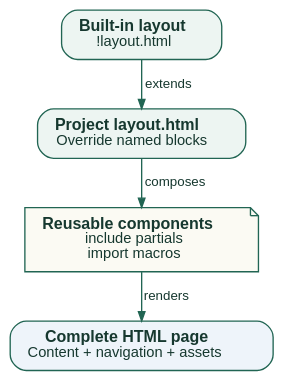
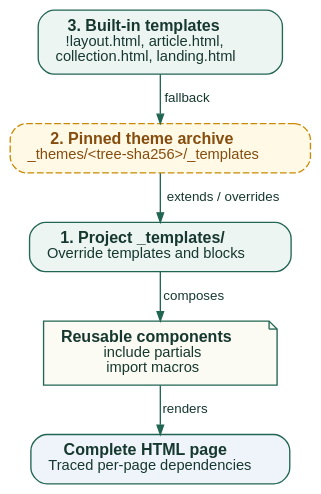
One commit to insanai/guidedog changed the diagram in docs/manual/templates.rst. Above: the diagram before and after it, drawn with Graphviz. The commit also changed other lines of this file and 12 other files, not shown here.

Commit message:
docs: expand manual reference, guides and diagrams for static publishing

```diff
--- a/docs/manual/templates.rst
+++ b/docs/manual/templates.rst
@@ -32,20 +29,23 @@
 .. graphviz::
    :class: graphviz-adaptive
-   :caption: Template inheritance and block composition in Guidedog.
-   :alt: Built-in theme layout is extended by project templates with block overrides and partial includes.
+   :caption: Three-tier template lookup, inheritance, and block composition in Guidedog.
+   :alt: Project templates override pinned theme archives and built-in layouts, composing partials and macros into complete HTML pages.
 
    digraph template_inheritance {
      graph [rankdir=TB, bgcolor="transparent", pad="0.22", nodesep="0.3", ranksep="0.35"];
      node [shape=box, style="rounded,filled", fillcolor="#edf5f2", color="#216553",
            fontname="Helvetica", fontcolor="#16382f", fontsize=12, margin="0.18,0.1"];
      edge [color="#216553", fontname="Helvetica", fontcolor="#16382f", fontsize=10, arrowsize=0.7];
-     builtin [label=<<B>Built-in layout</B><BR/><FONT POINT-SIZE="11">!layout.html</FONT>>];
-     layout [label=<<B>Project layout.html</B><BR/><FONT POINT-SIZE="11">Override named blocks</FONT>>];
+     builtin [label=<<B>3. Built-in templates</B><BR/><FONT POINT-SIZE="11">!layout.html, article.html,<BR/>collection.html, landing.html</FONT>>];
+     theme [class="gd-plugin", style="rounded,dashed,filled", fillcolor="#fff9e6", color="#ca8a04", fontcolor="#854d0e",
+            label=<<B>2. Pinned theme archive</B><BR/><FONT POINT-SIZE="11">_themes/&lt;tree-sha256&gt;/_templates</FONT>>];
+     layout [label=<<B>1. Project _templates/</B><BR/><FONT POINT-SIZE="11">Override templates and blocks</FONT>>];
      parts [class="gd-input", shape=note, fillcolor="#fbfaf3",
             label=<<B>Reusable components</B><BR/><FONT POINT-SIZE="11">include partials<BR/>import macros</FONT>>];
      page [class="gd-output", fillcolor="#eef4fa",
-           label=<<B>Complete HTML page</B><BR/><FONT POINT-SIZE="11">Content + navigation + assets</FONT>>];
-     builtin -> layout [label="extends"];
+           label=<<B>Complete HTML page</B><BR/><FONT POINT-SIZE="11">Traced per-page dependencies</FONT>>];
+     builtin -> theme [label="fallback"];
+     theme -> layout [label="extends / overrides"];
      layout -> parts [label="composes"];
      parts -> page [label="renders"];
    }
```
